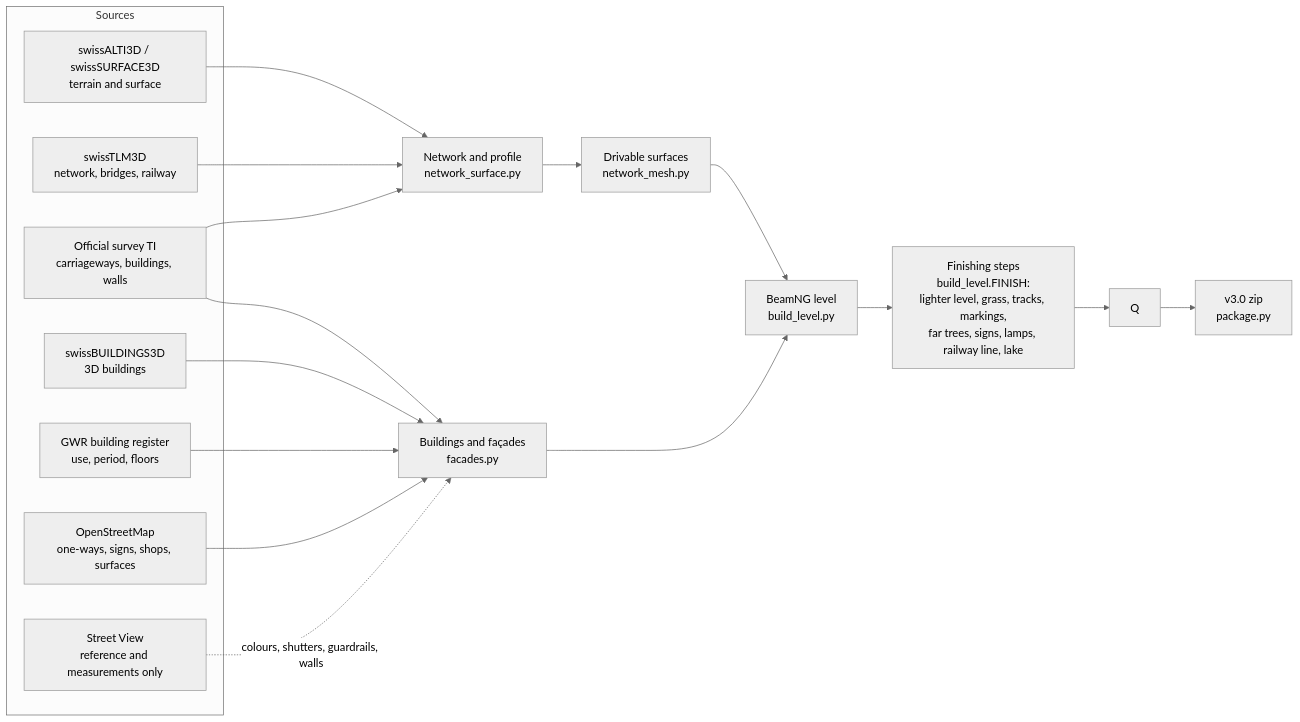
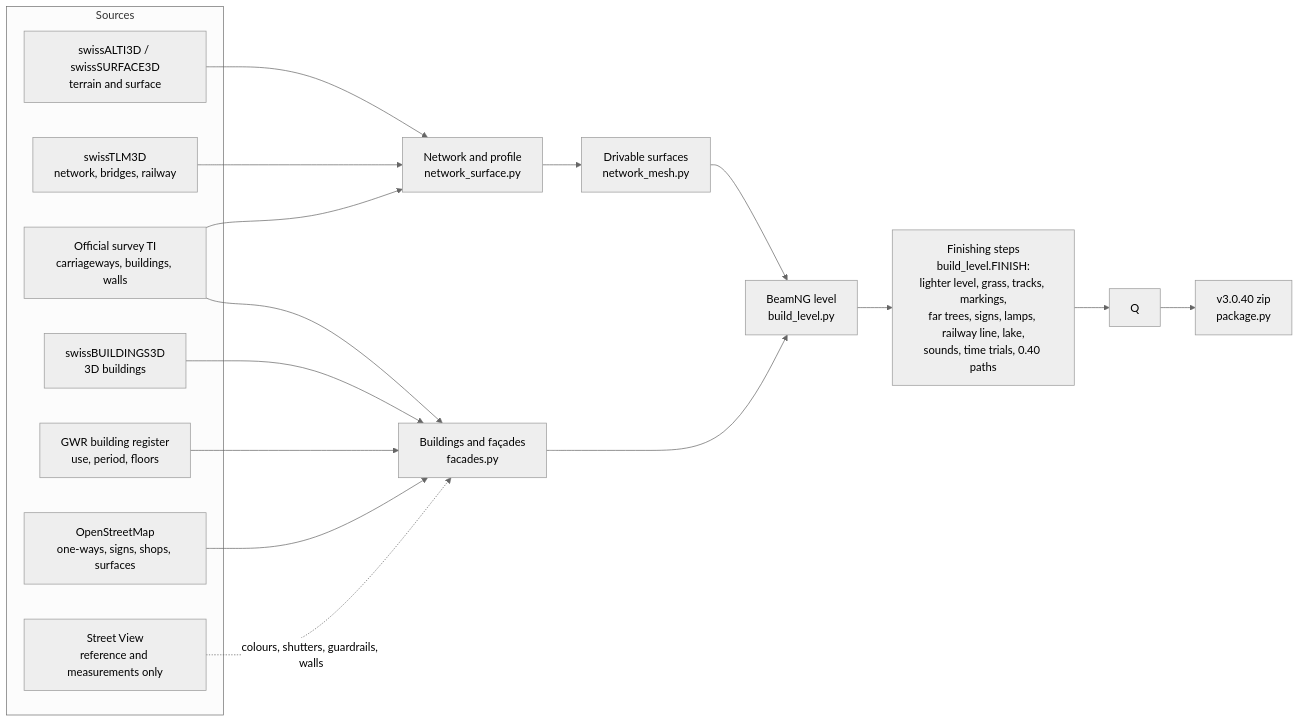
One commit to wintrymichi/magliasinaNG changed the diagram in README.md. Above: the diagram before and after it, drawn with Mermaid (neutral theme). The commit also changed other lines of this file and 1 other file, not shown here.

````diff
--- a/README.md
+++ b/README.md
@@ -217,20 +280,20 @@
 ```mermaid
 flowchart LR
     subgraph Sources
         A[swissALTI3D / swissSURFACE3D<br/>terrain and surface]
         B[swissTLM3D<br/>network, bridges, railway]
         C[Official survey TI<br/>carriageways, buildings, walls]
         D[swissBUILDINGS3D<br/>3D buildings]
         E[GWR building register<br/>use, period, floors]
         F[OpenStreetMap<br/>one-ways, signs, shops, surfaces]
         G[Street View<br/>reference and measurements only]
     end
     A & B & C --> R[Network and profile<br/>network_surface.py]
     R --> M[Drivable surfaces<br/>network_mesh.py]
     D & C & E & F --> H[Buildings and façades<br/>facades.py]
     G -. colours, shutters, guardrails, walls .-> H
     M & H --> L[BeamNG level<br/>build_level.py]
-    L --> O[Finishing steps<br/>build_level.FINISH:<br/>lighter level, grass, tracks, markings,<br/>far trees, signs, lamps, railway line, lake]
+    L --> O[Finishing steps<br/>build_level.FINISH:<br/>lighter level, grass, tracks, markings,<br/>far trees, signs, lamps, railway line, lake,<br/>sounds, time trials, 0.40 paths]
     O --> Q
-    Q --> Z[v3.0 zip<br/>package.py]
+    Q --> Z[v3.0.40 zip<br/>package.py]
 ```
````
